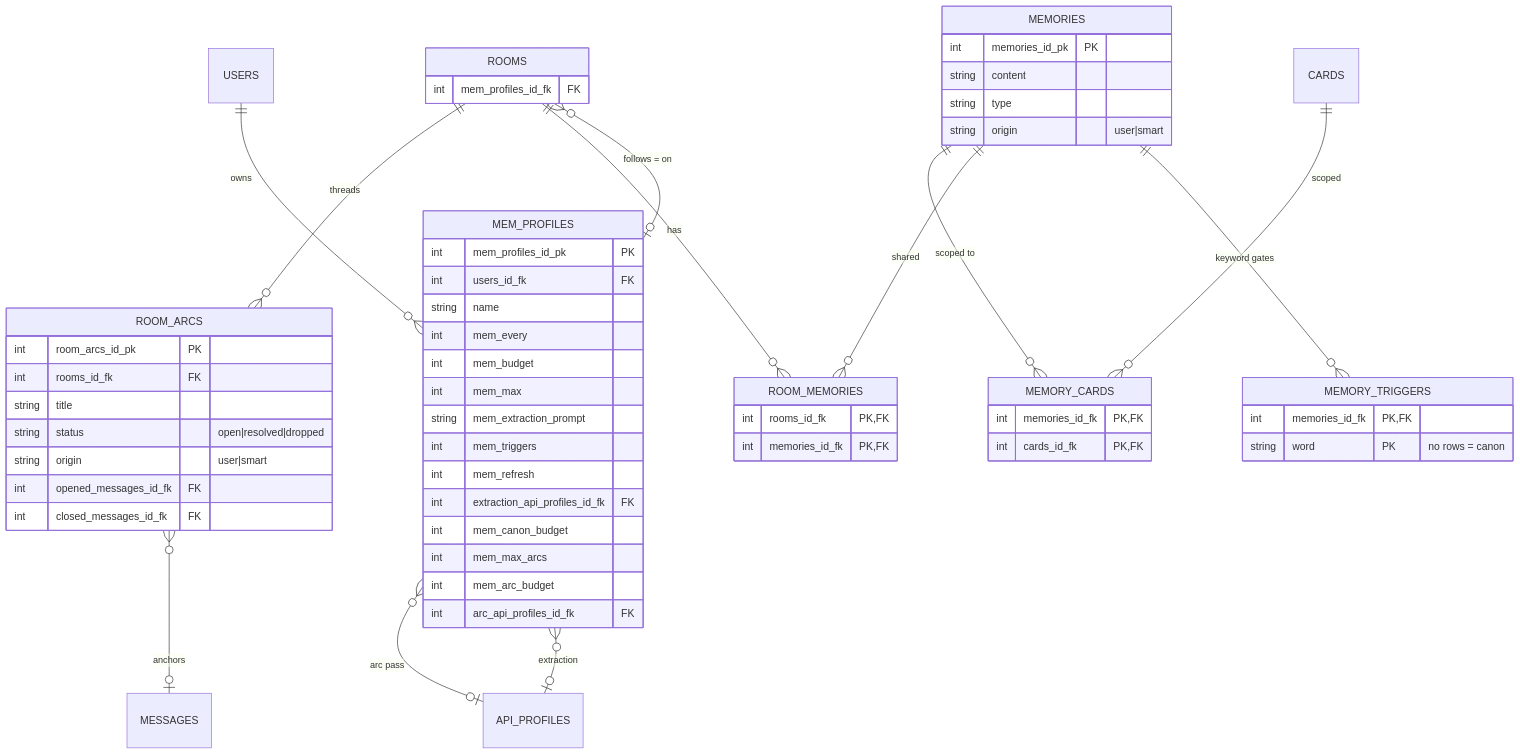
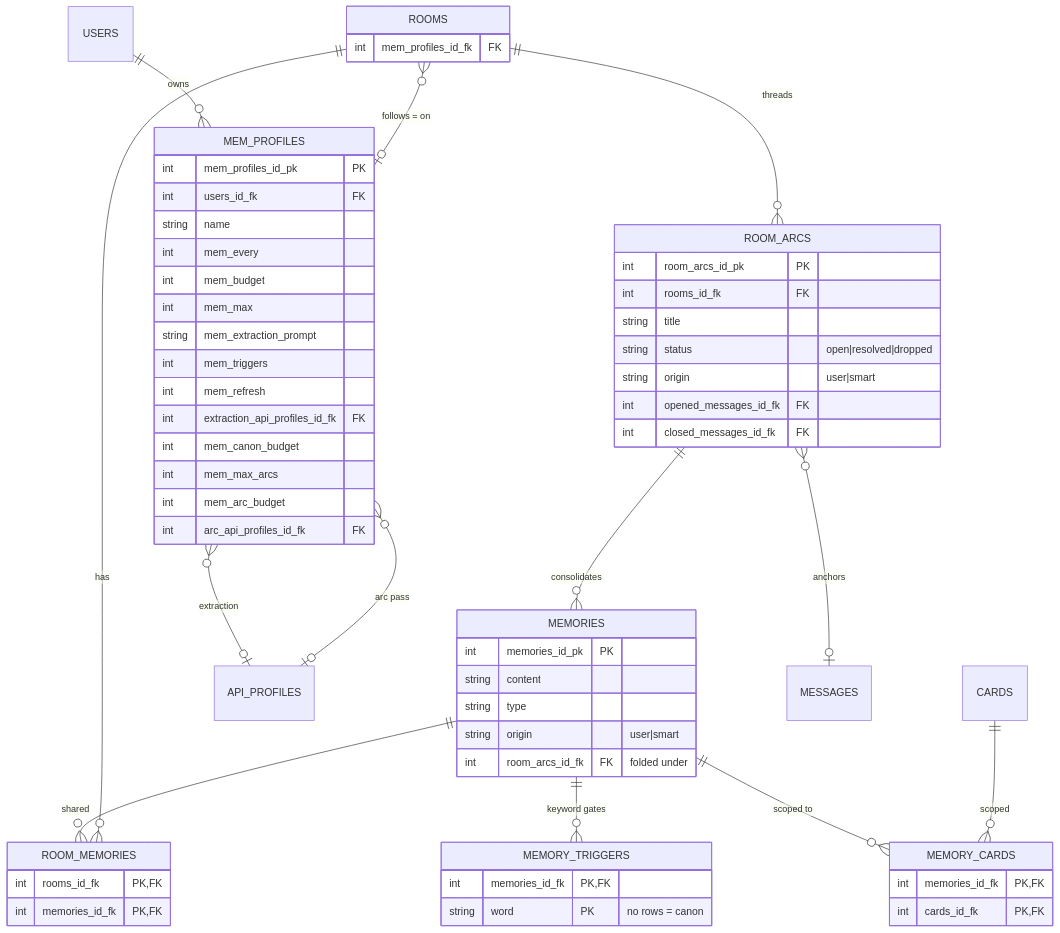
One commit to XanthiaJo/BOLLOCKS changed the second of 4 diagrams in README.md. Above: the diagram before and after it, drawn with Mermaid. The commit also changed other lines of this file and 7 other files, not shown here.

First line of the commit message:
feat(arcs): consolidate closed threads into folded submemories

````diff
--- a/README.md
+++ b/README.md
@@ -173,61 +173,63 @@
 ```mermaid
 erDiagram
     MEM_PROFILES {
         int mem_profiles_id_pk PK
         int users_id_fk FK
         string name
         int mem_every
         int mem_budget
         int mem_max
         string mem_extraction_prompt
         int mem_triggers
         int mem_refresh
         int extraction_api_profiles_id_fk FK
         int mem_canon_budget
         int mem_max_arcs
         int mem_arc_budget
         int arc_api_profiles_id_fk FK
     }
     MEMORIES {
         int memories_id_pk PK
         string content
         string type
         string origin "user|smart"
+        int room_arcs_id_fk FK "folded under"
     }
     MEMORY_TRIGGERS {
         int memories_id_fk PK,FK
         string word PK "no rows = canon"
     }
     ROOM_MEMORIES {
         int rooms_id_fk PK,FK
         int memories_id_fk PK,FK
     }
     MEMORY_CARDS {
         int memories_id_fk PK,FK
         int cards_id_fk PK,FK
     }
     ROOM_ARCS {
         int room_arcs_id_pk PK
         int rooms_id_fk FK
         string title
         string status "open|resolved|dropped"
         string origin "user|smart"
         int opened_messages_id_fk FK
         int closed_messages_id_fk FK
     }
     ROOMS {
         int mem_profiles_id_fk FK
     }
 
     USERS ||--o{ MEM_PROFILES : owns
     MEM_PROFILES }o--o| API_PROFILES : extraction
     MEM_PROFILES }o--o| API_PROFILES : "arc pass"
     ROOMS }o--o| MEM_PROFILES : "follows = on"
     MEMORIES ||--o{ MEMORY_TRIGGERS : "keyword gates"
     MEMORIES ||--o{ ROOM_MEMORIES : shared
     MEMORIES ||--o{ MEMORY_CARDS : "scoped to"
     ROOMS ||--o{ ROOM_MEMORIES : has
     ROOMS ||--o{ ROOM_ARCS : threads
     CARDS ||--o{ MEMORY_CARDS : scoped
     ROOM_ARCS }o--o| MESSAGES : anchors
+    ROOM_ARCS ||--o{ MEMORIES : "consolidates"
 ```
````
